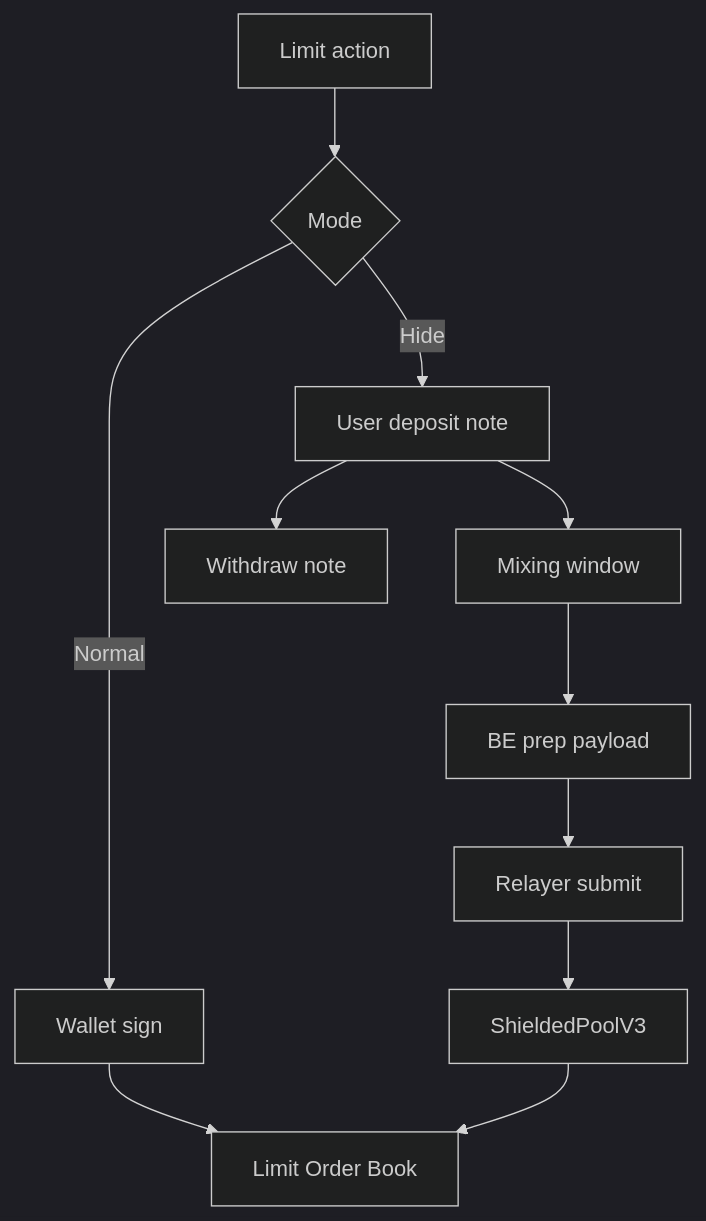
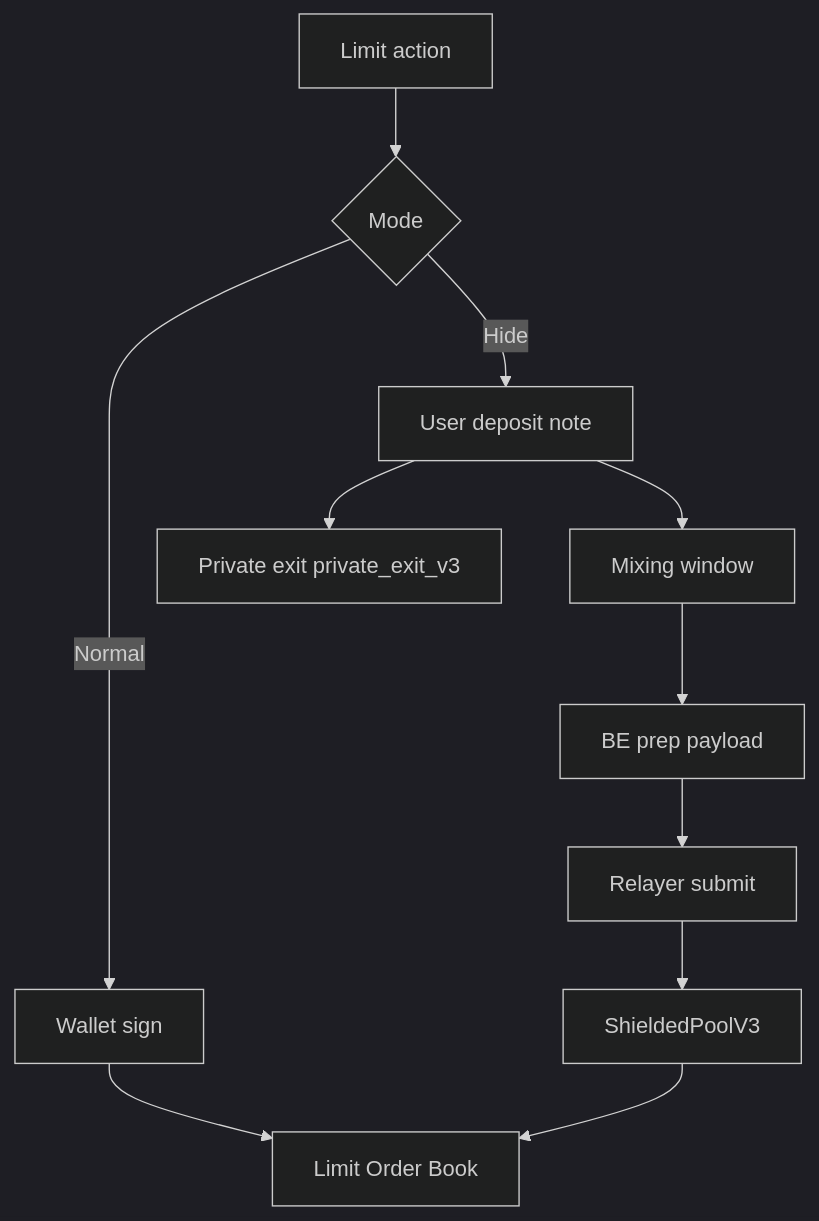
The third of 6 diagrams in README.md (ntfound-dev/zkcarel_protocol), drawn with Mermaid (dark theme) before and after one commit. The commit also changed other lines of this file and 4 other files, not shown here.

````diff
--- a/README.md
+++ b/README.md
@@ -165,14 +170,14 @@
 ```mermaid
 flowchart TD
   A[Limit action] --> B{Mode}
   B -->|Normal| N1[Wallet sign]
   N1 --> LOB[Limit Order Book]
 
   B -->|Hide| H1[User deposit note]
-  H1 --> HW[Withdraw note]
+  H1 --> HW[Private exit private_exit_v3]
   H1 --> H2[Mixing window]
   H2 --> H3[BE prep payload]
   H3 --> H4[Relayer submit]
   H4 --> H5[ShieldedPoolV3]
   H5 --> LOB
 ```
````
